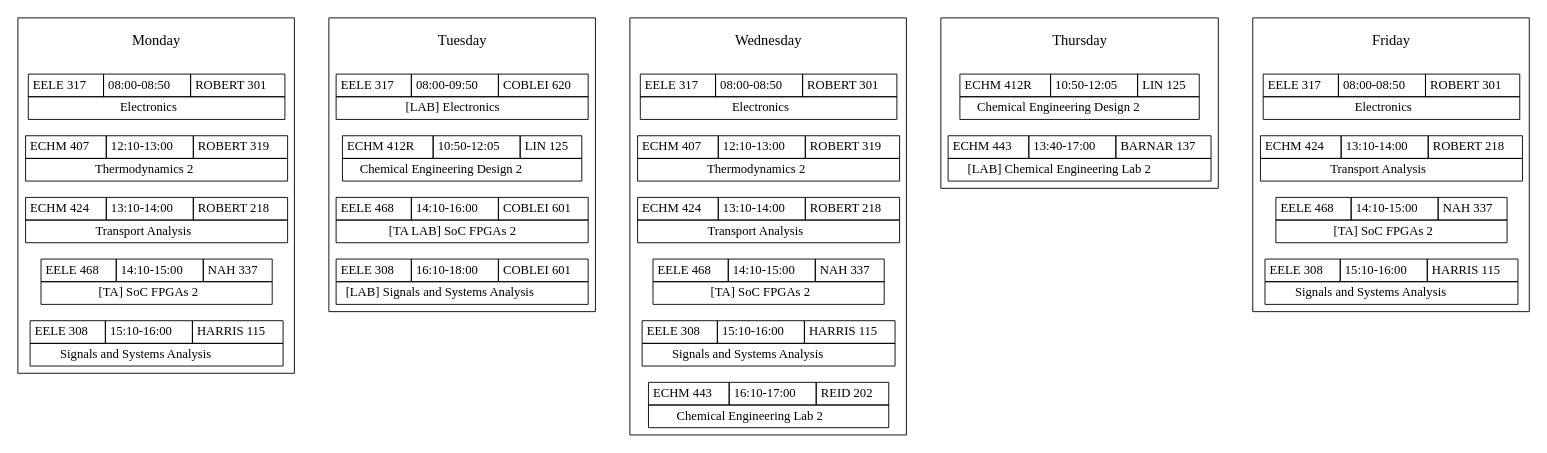
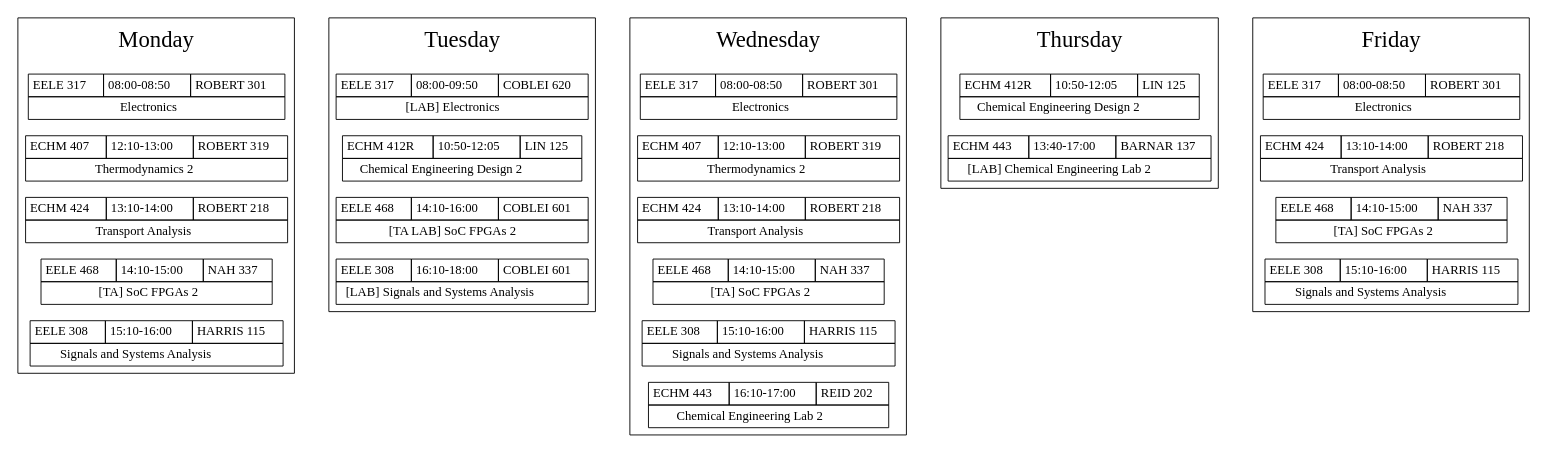
One commit to w-culhane/schedule-flowchart changed the diagram in schedule_4-senior-sem-2-spring.gv. Above: the diagram before and after it, drawn with Graphviz.

Commit message:
Increase font size of weekday

```diff
--- a/schedule_4-senior-sem-2-spring.gv
+++ b/schedule_4-senior-sem-2-spring.gv
@@ -1,7 +1,7 @@
 digraph schedule {
     ranksep=.75; rankdir=LR; splines=false;
 
-    {node [shape=plaintext,fontsize=16];
+    {node [shape=plaintext,fontsize=25];
 	"Monday" -> "Tuesday" -> "Wednesday" -> "Thursday" -> "Friday" [style=invis];
     }
 
```
